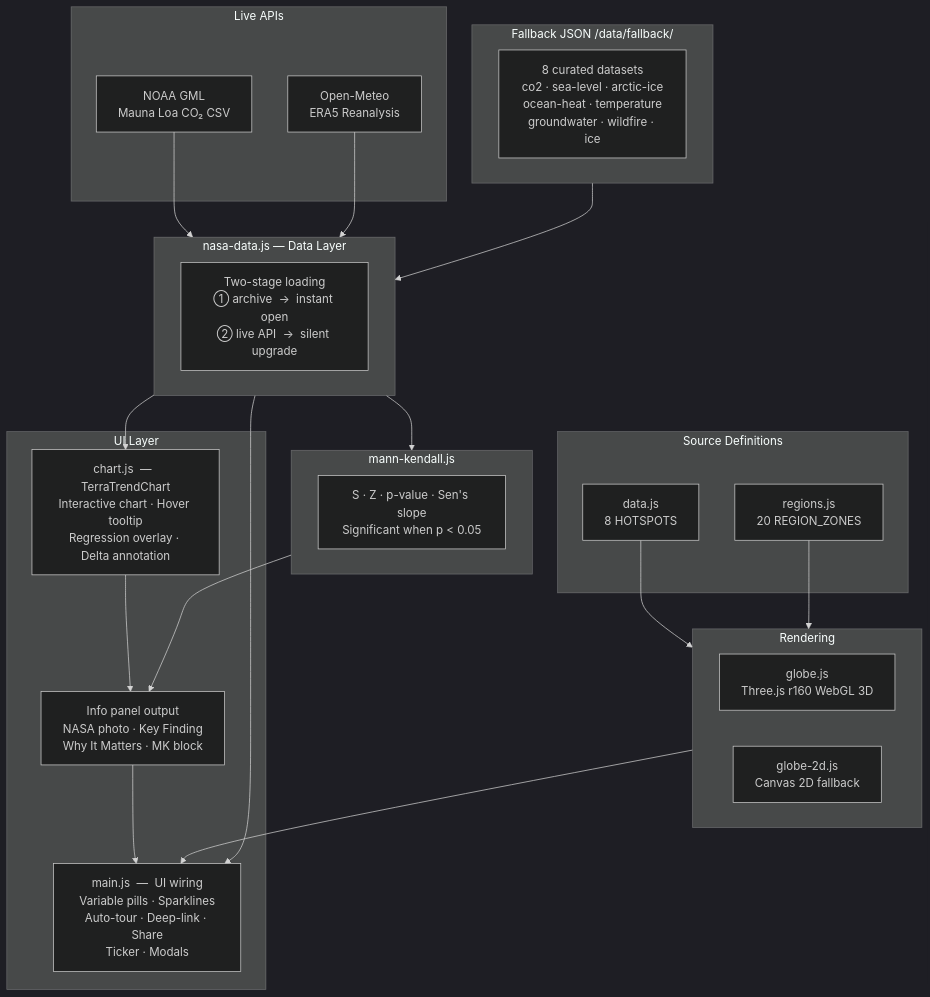
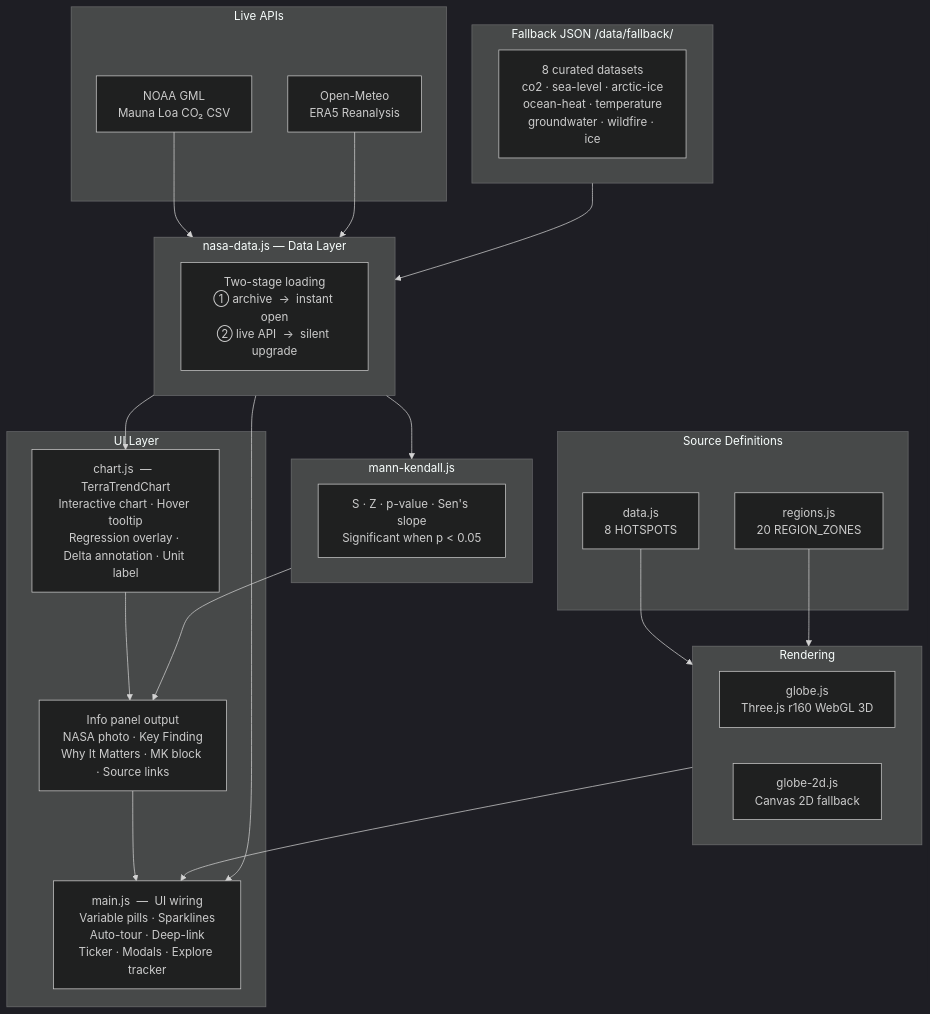
Before and after one commit to GOHSUNJIN/TerraTrend: the diagram in README.md, drawn with Mermaid (dark theme). The commit also changed other lines of this file and 4 other files, not shown here.

First line of the commit message:
Add explore tracker, viewed pill indicators, and polish passes

````diff
--- a/README.md
+++ b/README.md
@@ -32,47 +32,47 @@
 ```mermaid
 flowchart TB
     subgraph APIS["Live APIs"]
         NOAA["NOAA GML\nMauna Loa CO₂ CSV"]
         OM["Open-Meteo\nERA5 Reanalysis"]
     end
 
     subgraph ARCHIVE["Fallback JSON  /data/fallback/"]
         JSON["8 curated datasets\nco2 · sea-level · arctic-ice\nocean-heat · temperature\ngroundwater · wildfire · ice"]
     end
 
     subgraph DATALAYER["nasa-data.js — Data Layer"]
         DL["Two-stage loading\n① archive  →  instant open\n② live API  →  silent upgrade"]
     end
 
     subgraph STATS["mann-kendall.js"]
         MK["S · Z · p-value · Sen's slope\nSignificant when p < 0.05"]
     end
 
     subgraph GEODATA["Source Definitions"]
         HS["data.js\n8 HOTSPOTS"]
         RZ["regions.js\n20 REGION_ZONES"]
     end
 
     subgraph GLOBE["Rendering"]
         G3["globe.js\nThree.js r160  WebGL 3D"]
         G2["globe-2d.js\nCanvas 2D  fallback"]
     end
 
     subgraph UI["UI Layer"]
-        MAIN["main.js  —  UI wiring\nVariable pills · Sparklines\nAuto-tour · Deep-link · Share\nTicker · Modals"]
-        CHART["chart.js  —  TerraTrendChart\nInteractive chart · Hover tooltip\nRegression overlay · Delta annotation"]
-        PANEL["Info panel output\nNASA photo · Key Finding\nWhy It Matters · MK block"]
+        MAIN["main.js  —  UI wiring\nVariable pills · Sparklines\nAuto-tour · Deep-link\nTicker · Modals · Explore tracker"]
+        CHART["chart.js  —  TerraTrendChart\nInteractive chart · Hover tooltip\nRegression overlay · Delta annotation · Unit label"]
+        PANEL["Info panel output\nNASA photo · Key Finding\nWhy It Matters · MK block · Source links"]
     end
 
     NOAA & OM --> DATALAYER
     ARCHIVE --> DATALAYER
     DATALAYER --> STATS
     STATS --> PANEL
     DATALAYER --> CHART
     CHART --> PANEL
     HS --> GLOBE
     RZ --> GLOBE
     GLOBE --> MAIN
     DATALAYER --> MAIN
     PANEL --> MAIN
 ```
````
